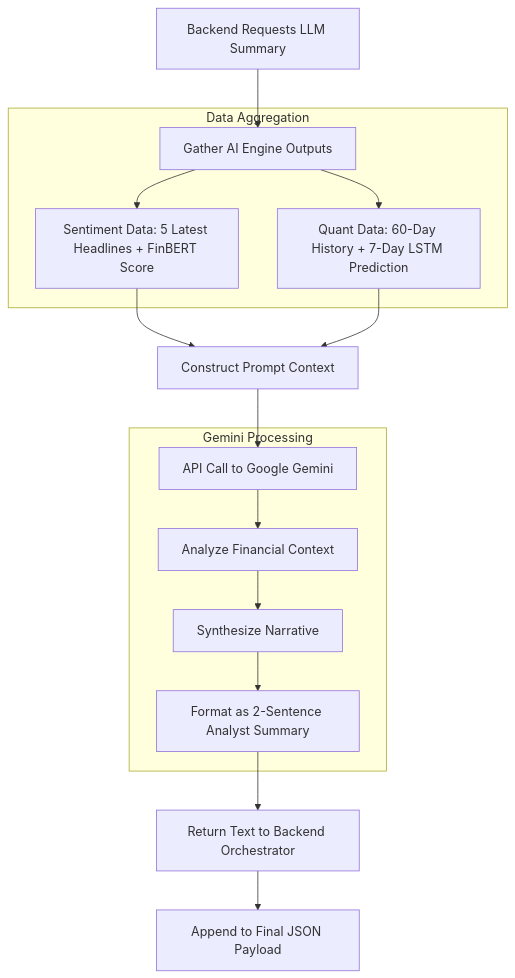
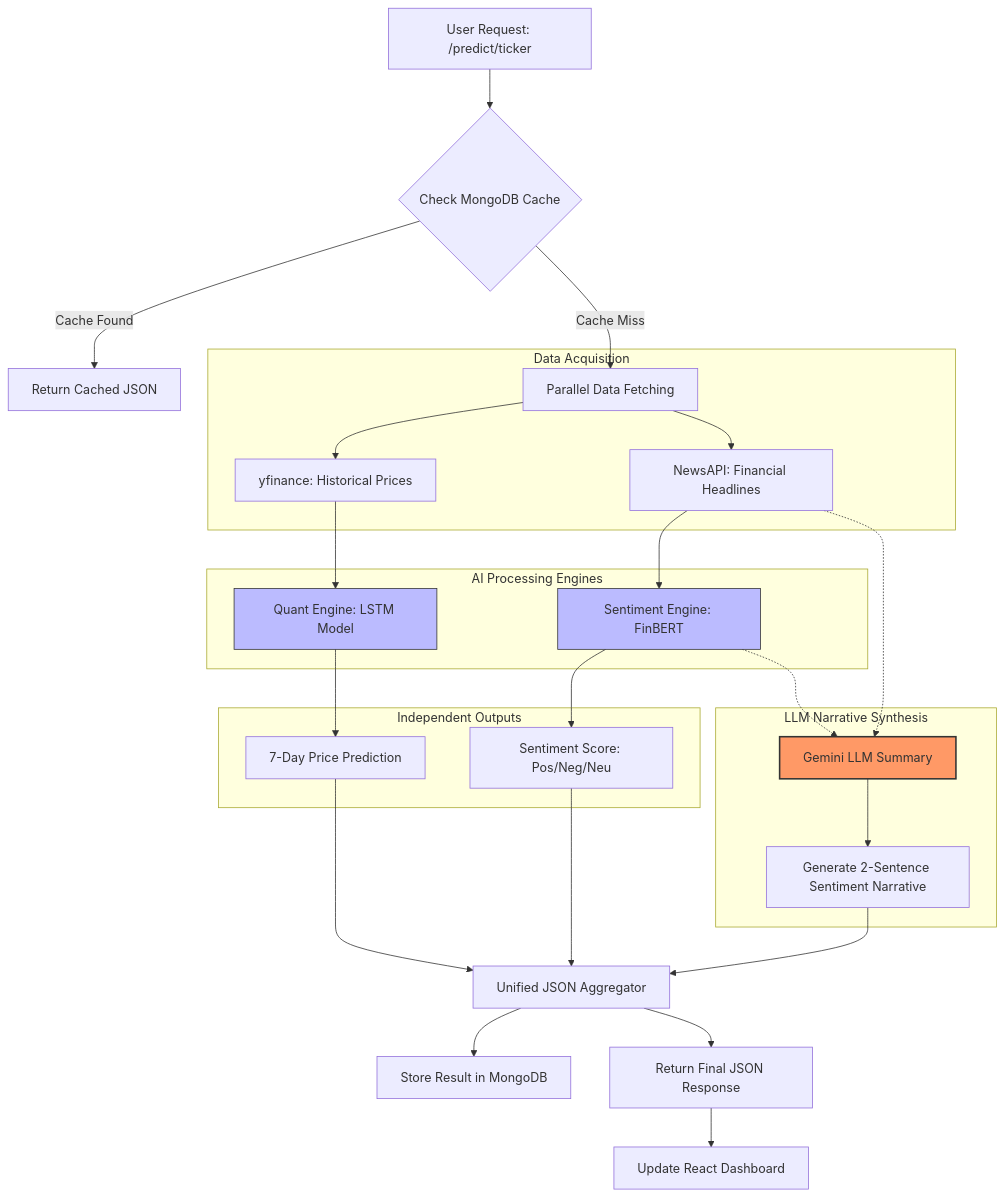
Before and after one commit to LUcky220529/AI-Driven-Stock-Market-Sentiment-Prediction-System: the fourth of 4 diagrams in README.md, drawn with Mermaid.

````diff
--- a/README.md
+++ b/README.md
@@ -248,23 +248,40 @@
 ```mermaid
 graph TD
-    A[Backend Requests LLM Summary] --> B[Gather AI Engine Outputs]
-    
-    subgraph "Data Aggregation"
-    B --> C[Sentiment Data: 5 Latest Headlines + FinBERT Score]
-    B --> D[Quant Data: 60-Day History + 7-Day LSTM Prediction]
+    A[User Request: /predict/ticker] --> B{Check MongoDB Cache}
+    B -- Cache Found --> C[Return Cached JSON]
+    B -- Cache Miss --> D[Parallel Data Fetching]
+
+    subgraph "Data Acquisition"
+    D --> E[yfinance: Historical Prices]
+    D --> F[NewsAPI: Financial Headlines]
     end
-    
-    C --> E[Construct Prompt Context]
-    D --> E
-    
-    E --> F[API Call to Google Gemini]
-    
-    subgraph "Gemini Processing"
-    F --> G[Analyze Financial Context]
-    G --> H[Synthesize Narrative]
-    H --> I[Format as 2-Sentence Analyst Summary]
+
+    subgraph "AI Processing Engines"
+    E --> G[Quant Engine: LSTM Model]
+    F --> H[Sentiment Engine: FinBERT]
     end
-    
-    I --> J[Return Text to Backend Orchestrator]
-    J --> K[Append to Final JSON Payload]
+
+    subgraph "Independent Outputs"
+    G --> I[7-Day Price Prediction]
+    H --> J[Sentiment Score: Pos/Neg/Neu]
+    end
+
+    subgraph "LLM Narrative Synthesis"
+    F -.-> K[Gemini LLM Summary]
+    H -.-> K
+    K --> L[Generate 2-Sentence Sentiment Narrative]
+    end
+
+    I --> M[Unified JSON Aggregator]
+    J --> M
+    L --> M
+
+    M --> N[Store Result in MongoDB]
+    M --> O[Return Final JSON Response]
+    O --> P[Update React Dashboard]
+
+    style K fill:#f96,stroke:#333,stroke-width:2px
+    style G fill:#bbf,stroke:#333
+    style H fill:#bbf,stroke:#333
+   
 ```
````
